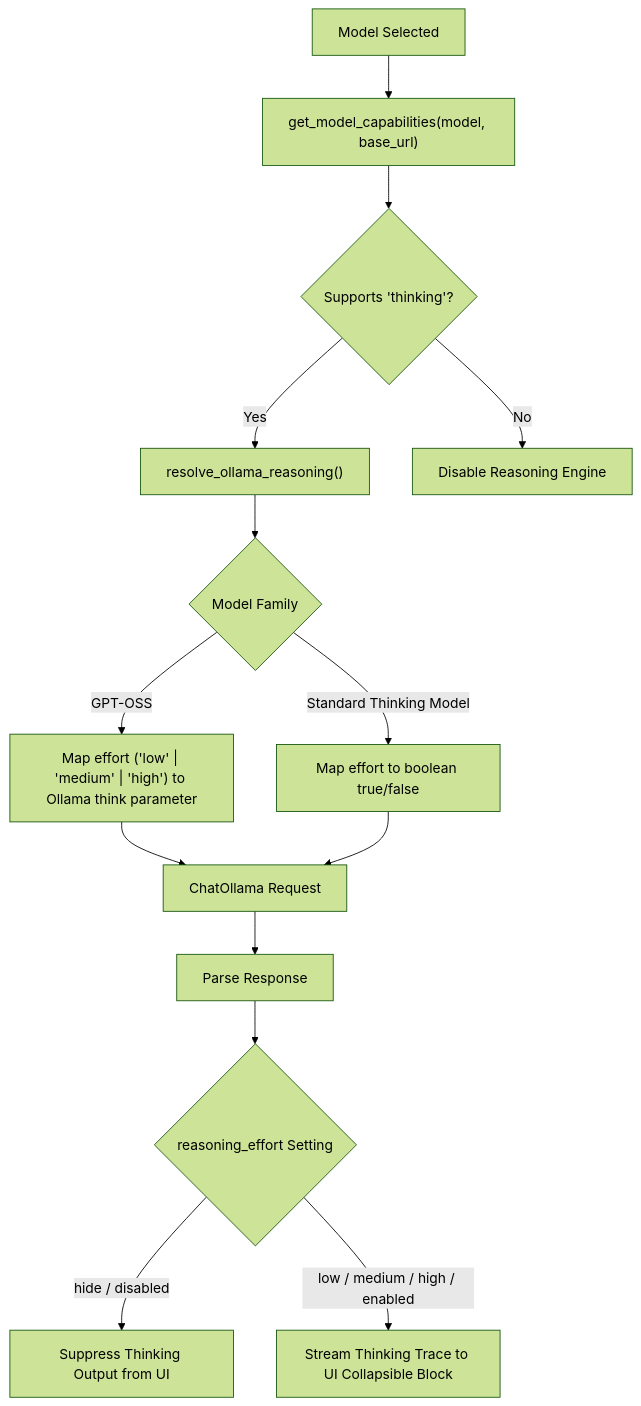
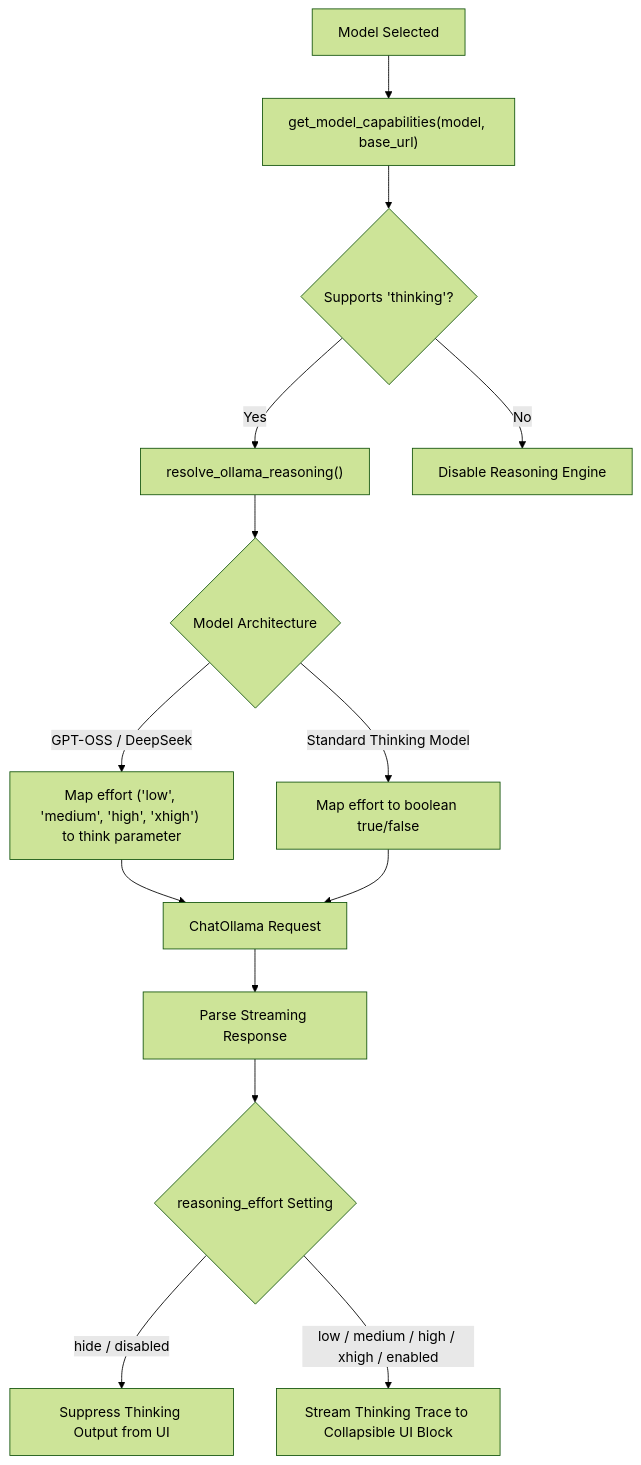
Before and after one commit to arrase/ollama-agent: the seventh of 8 diagrams in docs/architecture.md, drawn with Mermaid (forest theme). The commit also changed other lines of this file and 8 other files, not shown here.

````diff
--- a/docs/architecture.md
+++ b/docs/architecture.md
@@ -212,21 +232,21 @@
 ```mermaid
 flowchart TD
     A["Model Selected"] --> B["get_model_capabilities(model, base_url)"]
     B --> C{"Supports 'thinking'?"}
     
     C -- Yes --> D["resolve_ollama_reasoning()"]
     C -- No --> E["Disable Reasoning Engine"]
     
-    D --> F{"Model Family"}
-    F -- "GPT-OSS" --> G["Map effort ('low' | 'medium' | 'high') to Ollama think parameter"]
+    D --> F{"Model Architecture"}
+    F -- "GPT-OSS / DeepSeek" --> G["Map effort ('low', 'medium', 'high', 'xhigh') to think parameter"]
     F -- "Standard Thinking Model" --> H["Map effort to boolean true/false"]
     
     G --> I["ChatOllama Request"]
     H --> I
     
-    I --> J["Parse Response"]
+    I --> J["Parse Streaming Response"]
     J --> K{"reasoning_effort Setting"}
     
     K -- "hide / disabled" --> L["Suppress Thinking Output from UI"]
-    K -- "low / medium / high / enabled" --> M["Stream Thinking Trace to UI Collapsible Block"]
+    K -- "low / medium / high / xhigh / enabled" --> M["Stream Thinking Trace to Collapsible UI Block"]
 ```
````
